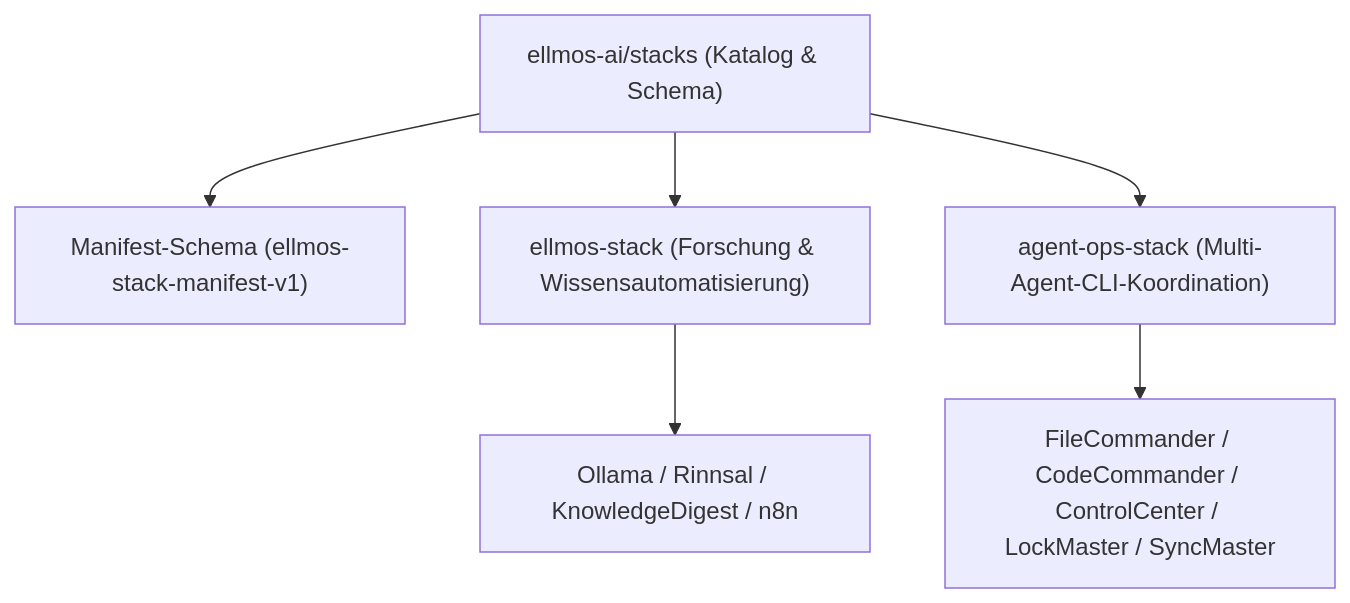
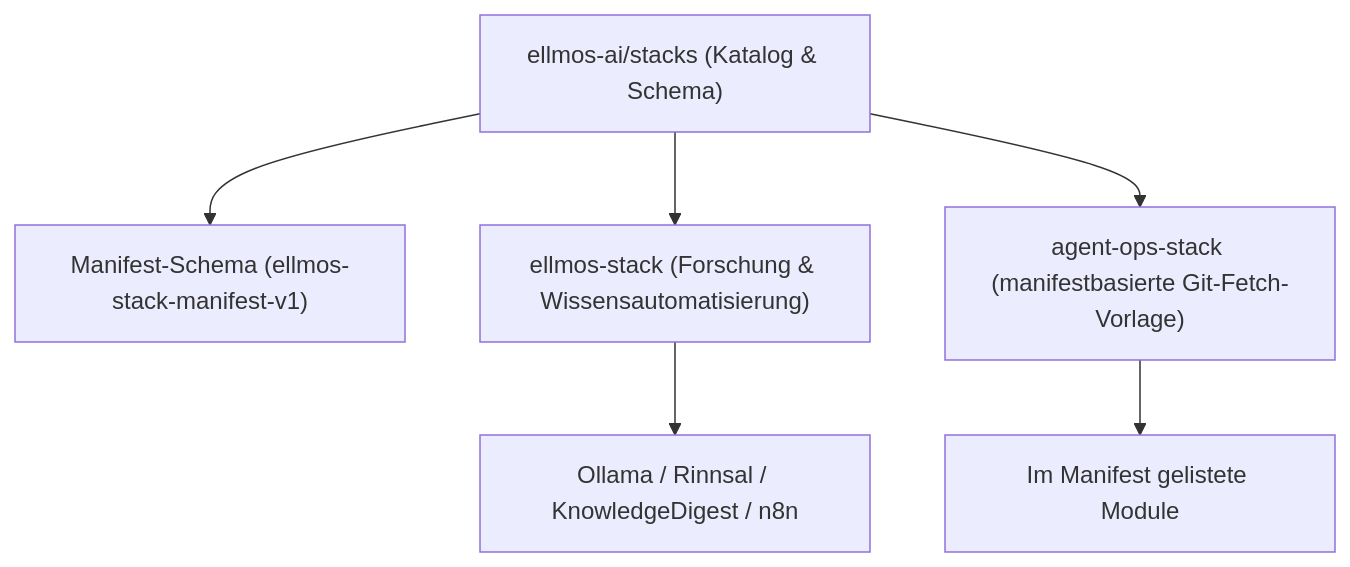
Before and after one commit to ellmos-ai/stacks: the diagram in README_de.md, drawn with Mermaid. The commit also changed other lines of this file and 2 other files, not shown here.

Commit message:
docs: scope agent-ops-stack catalog description

````diff
--- a/README_de.md
+++ b/README_de.md
@@ -41,9 +41,9 @@
 ```mermaid
 graph TD
     Catalog["ellmos-ai/stacks (Katalog & Schema)"] --> ManifestSpec["Manifest-Schema (ellmos-stack-manifest-v1)"]
     Catalog --> Stack1["ellmos-stack (Forschung & Wissensautomatisierung)"]
-    Catalog --> Stack2["agent-ops-stack (Multi-Agent-CLI-Koordination)"]
+    Catalog --> Stack2["agent-ops-stack (manifestbasierte Git-Fetch-Vorlage)"]
     
     Stack1 --> M1["Ollama / Rinnsal / KnowledgeDigest / n8n"]
-    Stack2 --> M2["FileCommander / CodeCommander / ControlCenter / LockMaster / SyncMaster"]
+    Stack2 --> M2["Im Manifest gelistete Module"]
 ```
````
